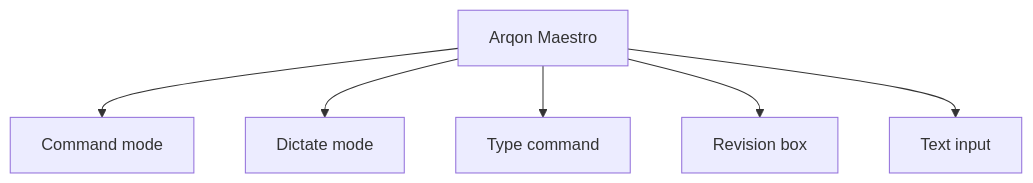
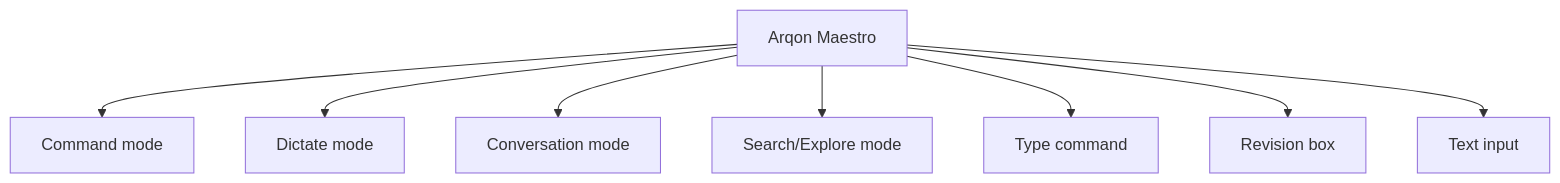
One commit to novelbytelabs/ArqonMaestro changed the diagram in docs/guides/command-modes.md. Above: the diagram before and after it, drawn with Mermaid. The commit also changed other lines of this file and 28 other files, not shown here.

````diff
--- a/docs/guides/command-modes.md
+++ b/docs/guides/command-modes.md
@@ -50,8 +78,10 @@
 ```mermaid
 flowchart TD
   M[Arqon Maestro] --> C[Command mode]
   M --> D[Dictate mode]
+  M --> V[Conversation mode]
+  M --> S[Search/Explore mode]
   M --> T[Type command]
   M --> R[Revision box]
   M --> X[Text input]
 ```
````
